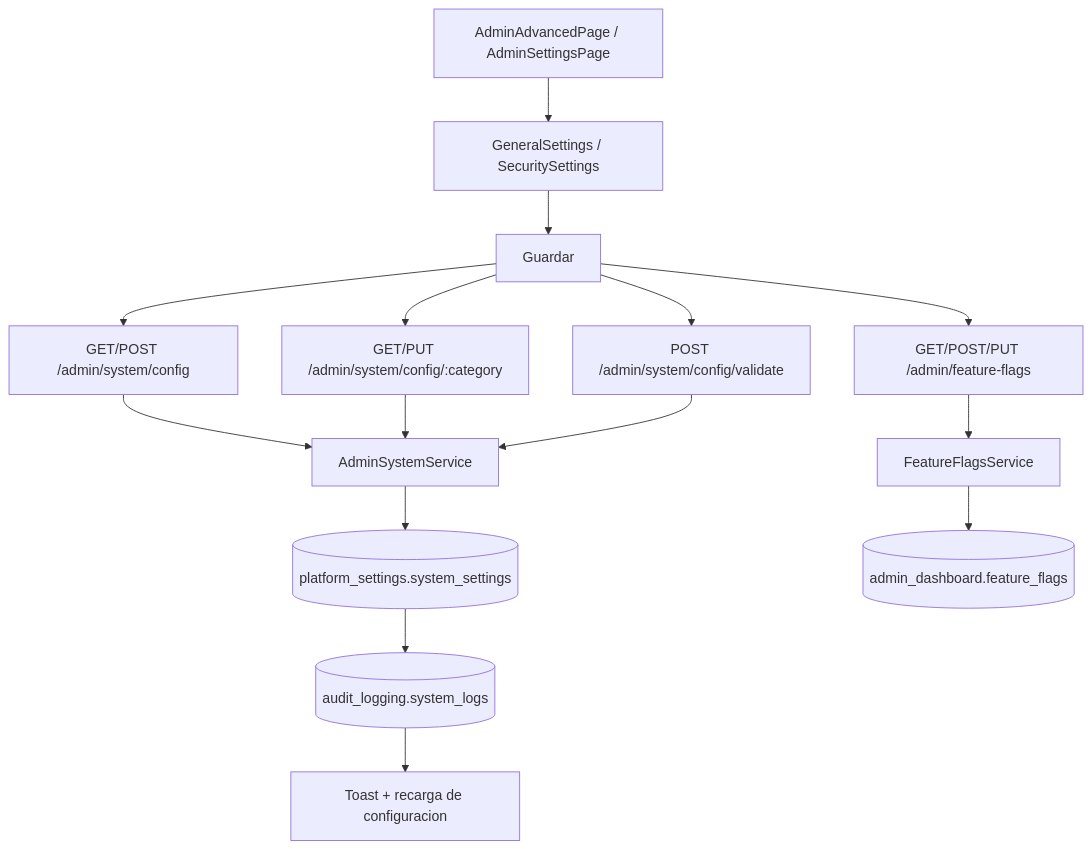
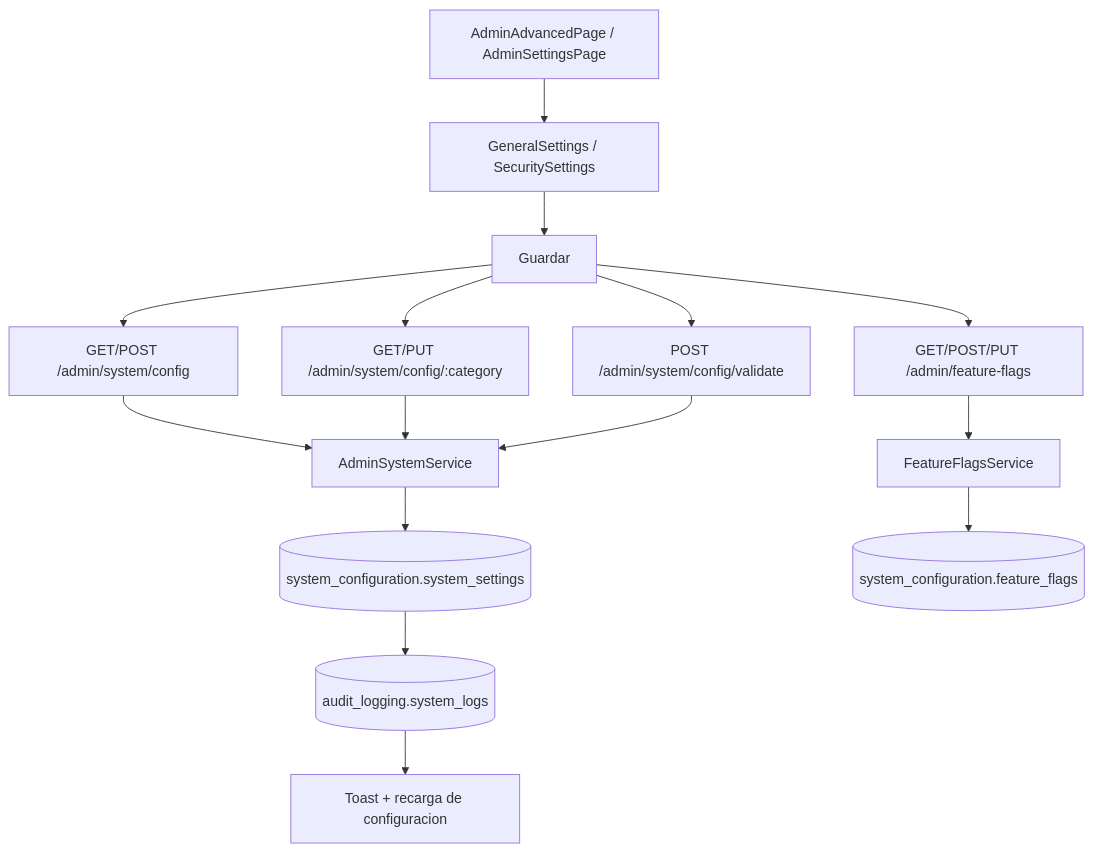
Before and after one commit to rckrdmrd/gamilit-workspace: the diagram in docs/30-ux-ui/flujos/admin/FLUJO-CONFIGURACION-SISTEMA.md, drawn with Mermaid. The commit also changed other lines of this file and 638 other files, not shown here.

````diff
--- a/docs/30-ux-ui/flujos/admin/FLUJO-CONFIGURACION-SISTEMA.md
+++ b/docs/30-ux-ui/flujos/admin/FLUJO-CONFIGURACION-SISTEMA.md
@@ -22,17 +24,17 @@
 ```mermaid
 flowchart TD
     page[AdminAdvancedPage / AdminSettingsPage] --> configForm[GeneralSettings / SecuritySettings]
     configForm --> save[Guardar]
     save --> apiConfig["GET/POST /admin/system/config"]
     save --> apiCategory["GET/PUT /admin/system/config/:category"]
     save --> apiValidate["POST /admin/system/config/validate"]
     save --> apiFlags["GET/POST/PUT /admin/feature-flags"]
     apiConfig --> service[AdminSystemService]
     apiCategory --> service
     apiValidate --> service
     apiFlags --> flagService[FeatureFlagsService]
-    service --> db[(platform_settings.system_settings)]
-    flagService --> dbFlags[(admin_dashboard.feature_flags)]
+    service --> db[(system_configuration.system_settings)]
+    flagService --> dbFlags[(system_configuration.feature_flags)]
     db --> audit[(audit_logging.system_logs)]
     audit --> ui[Toast + recarga de configuracion]
 ```
````
